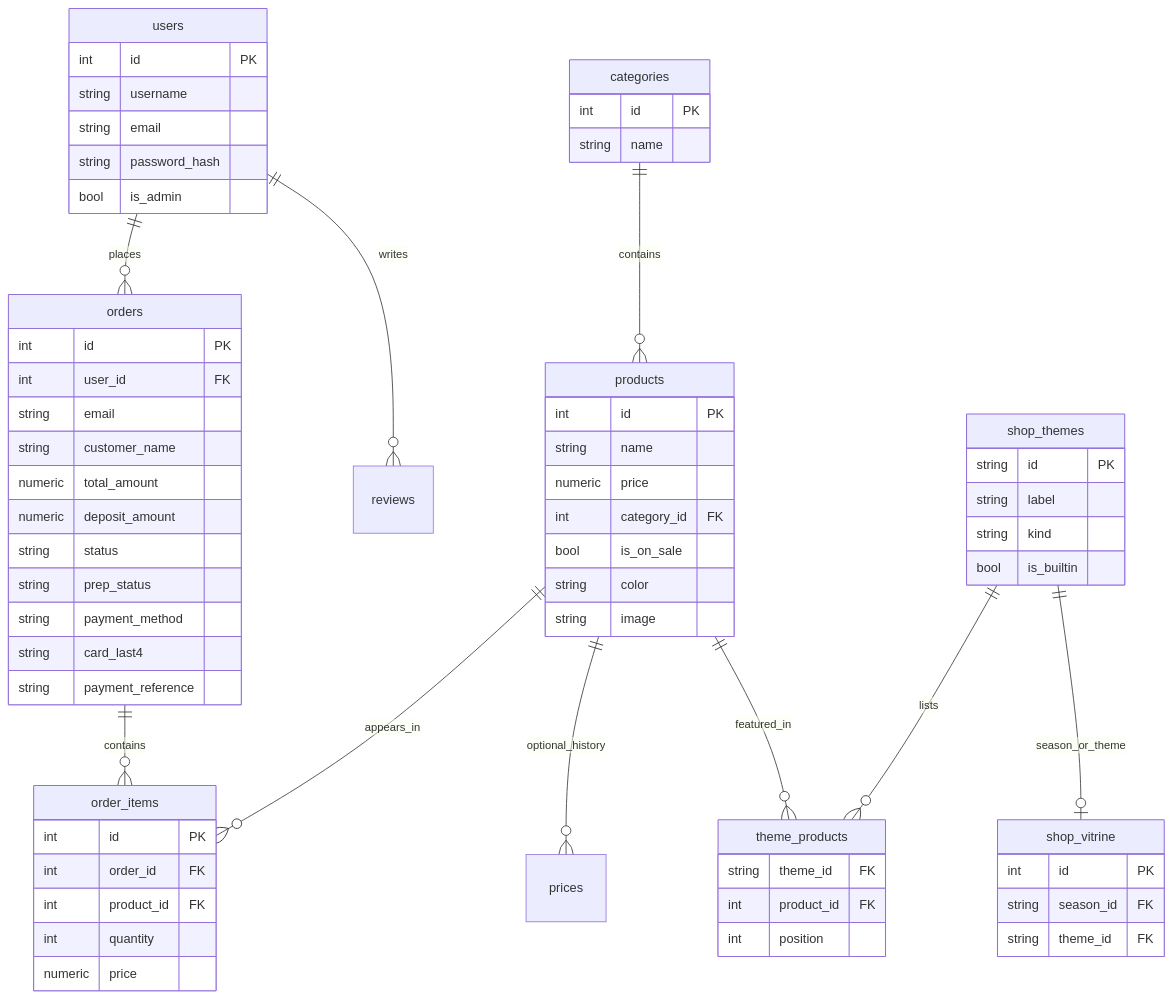
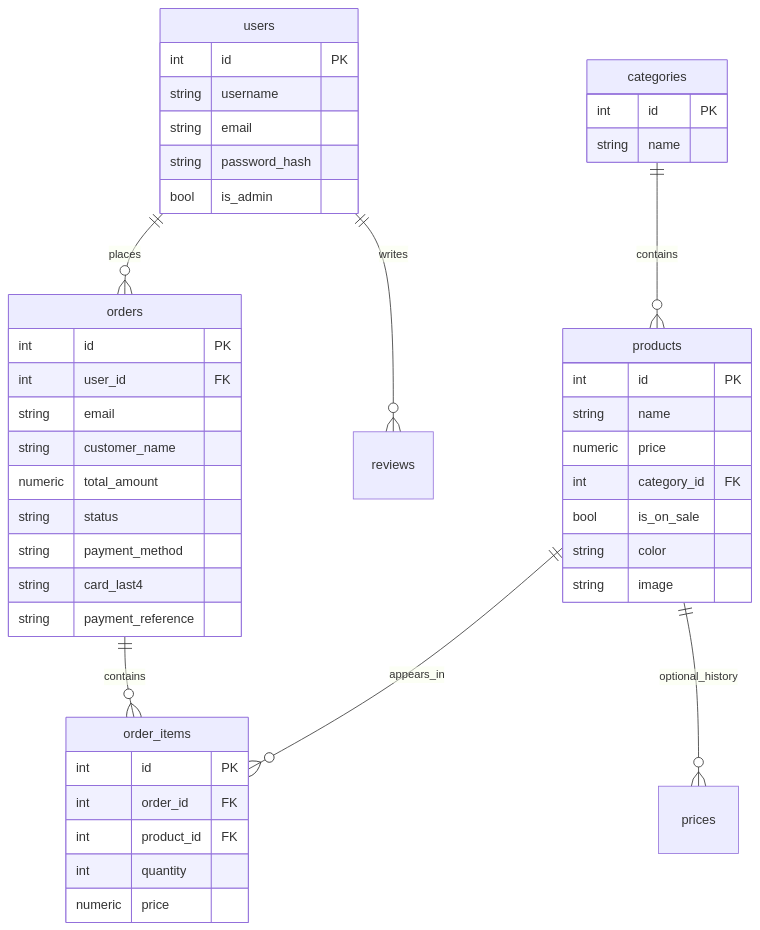
One commit to Issercio/Demo-day changed the first of 2 diagrams in README.md. Above: the diagram before and after it, drawn with Mermaid. The commit also changed other lines of this file and 5 other files, not shown here.

First line of the commit message:
Put the mockup, architecture diagram, and ERD in the README and deck.

````diff
--- a/README.md
+++ b/README.md
@@ -232,69 +207,48 @@
 ```mermaid
 erDiagram
   users ||--o{ orders : places
   users ||--o{ reviews : writes
   categories ||--o{ products : contains
   products ||--o{ order_items : appears_in
   orders ||--o{ order_items : contains
   products ||--o{ prices : optional_history
-  shop_themes ||--o{ theme_products : lists
-  products ||--o{ theme_products : featured_in
-  shop_themes ||--o| shop_vitrine : season_or_theme
 
   users {
     int id PK
     string username
     string email
     string password_hash
     bool is_admin
   }
   categories {
     int id PK
     string name
   }
   products {
     int id PK
     string name
     numeric price
     int category_id FK
     bool is_on_sale
     string color
     string image
   }
-  shop_themes {
-    string id PK
-    string label
-    string kind
-    bool is_builtin
-  }
-  theme_products {
-    string theme_id FK
-    int product_id FK
-    int position
-  }
-  shop_vitrine {
-    int id PK
-    string season_id FK
-    string theme_id FK
-  }
   orders {
     int id PK
     int user_id FK
     string email
     string customer_name
     numeric total_amount
-    numeric deposit_amount
     string status
-    string prep_status
     string payment_method
     string card_last4
     string payment_reference
   }
   order_items {
     int id PK
     int order_id FK
     int product_id FK
     int quantity
     numeric price
   }
 ```
````
